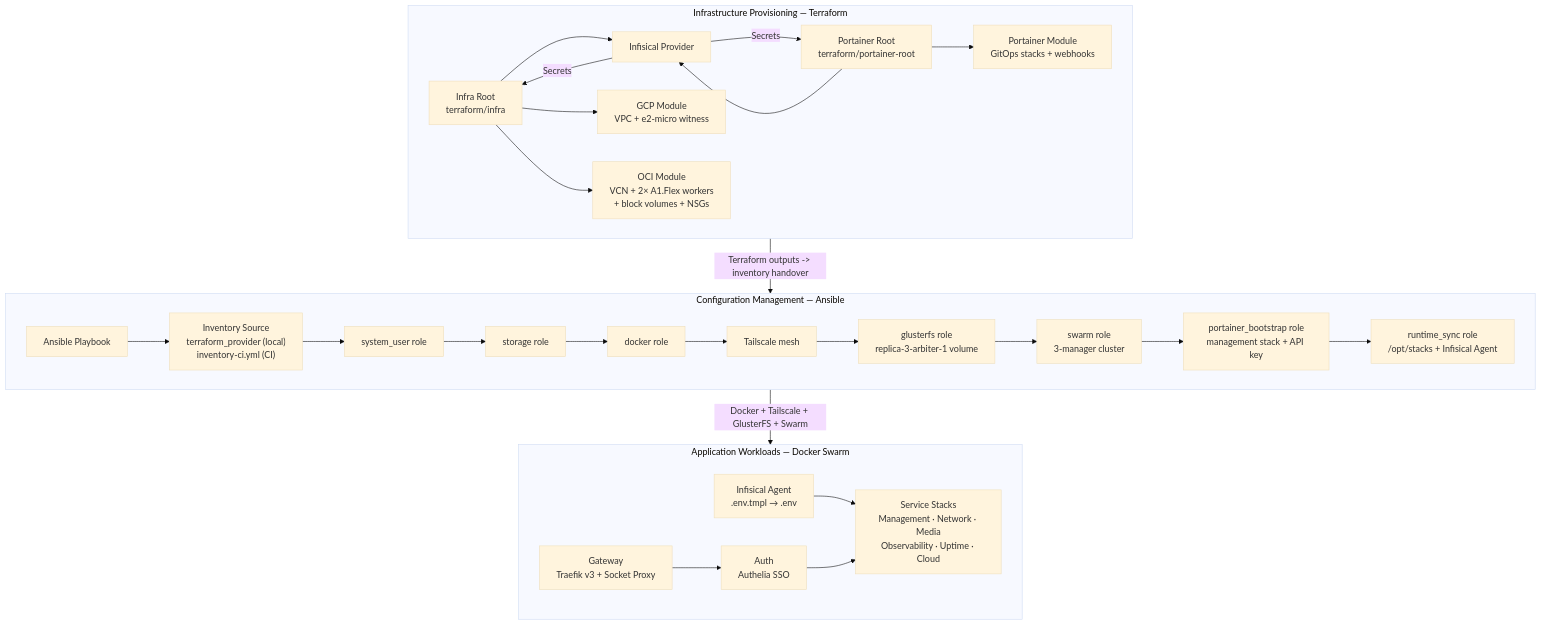
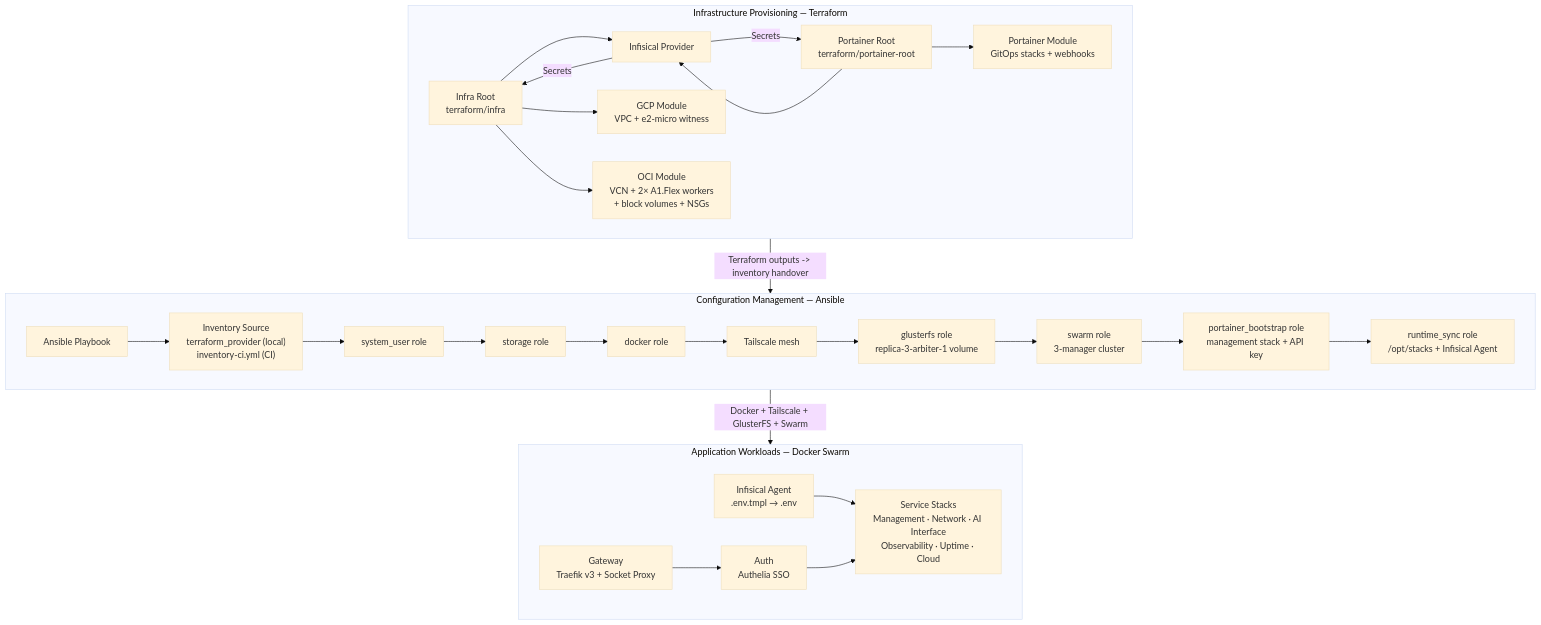
Before and after one commit to JoseStud/GoodOldMeServer: the diagram in docs/index.md, drawn with Mermaid (base theme). The commit also changed other lines of this file and 13 other files, not shown here.

````diff
--- a/docs/index.md
+++ b/docs/index.md
@@ -47,45 +47,45 @@
 ```mermaid
 flowchart TD
     subgraph IaC [Infrastructure Provisioning — Terraform]
         TFI[Infra Root<br/>terraform/infra]
         TFP[Portainer Root<br/>terraform/portainer-root]
         INF_TF[Infisical Provider]
         GCP[GCP Module<br/>VPC + e2-micro witness]
         OCI[OCI Module<br/>VCN + 2× A1.Flex workers<br/>+ block volumes + NSGs]
         PTN[Portainer Module<br/>GitOps stacks + webhooks]
         TFI --> INF_TF
         TFP --> INF_TF
         INF_TF -->|Secrets| TFI
         INF_TF -->|Secrets| TFP
         TFI --> GCP
         TFI --> OCI
         TFP --> PTN
     end
 
     subgraph Config [Configuration Management — Ansible]
         ANS[Ansible Playbook]
         INV["Inventory Source<br/>terraform_provider (local)<br/>inventory-ci.yml (CI)"]
         USR[system_user role]
         STR[storage role]
         DOCK[docker role]
         TS[Tailscale mesh]
         GFS[glusterfs role<br/>replica-3-arbiter-1 volume]
         SWM[swarm role<br/>3-manager cluster]
         PTB[portainer_bootstrap role<br/>management stack + API key]
         RTS[runtime_sync role<br/>/opt/stacks + Infisical Agent]
         ANS --> INV
         INV --> USR --> STR --> DOCK --> TS --> GFS --> SWM --> PTB --> RTS
     end
 
     subgraph Workloads [Application Workloads — Docker Swarm]
         ISEC[Infisical Agent<br/>.env.tmpl → .env]
         GW[Gateway<br/>Traefik v3 + Socket Proxy]
         AUTH[Auth<br/>Authelia SSO]
-        APPS[Service Stacks<br/>Management · Network · Media<br/>Observability · Uptime · Cloud]
+        APPS[Service Stacks<br/>Management · Network · AI Interface<br/>Observability · Uptime · Cloud]
         ISEC --> APPS
         GW --> AUTH --> APPS
     end
 
     IaC -->|Terraform outputs -> inventory handover| Config
     Config -->|Docker + Tailscale + GlusterFS + Swarm| Workloads
 ```
````
